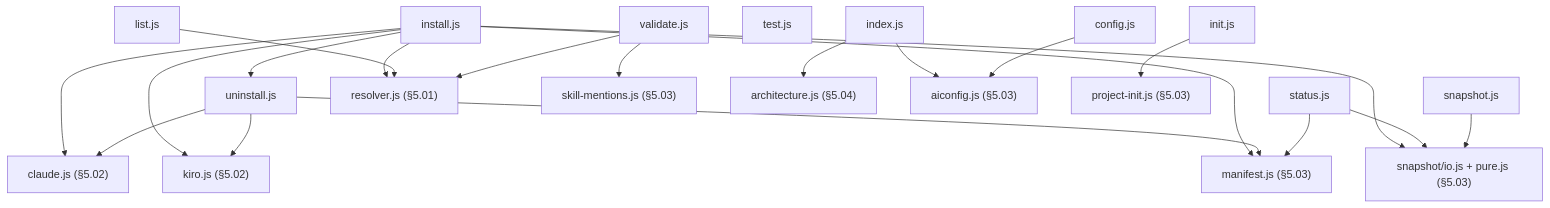
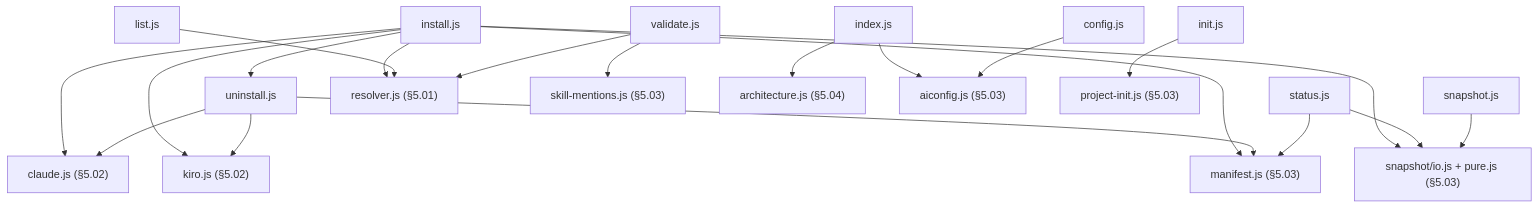
The diagram in docs/architecture/05_05_command_layer.md (starvoxel/ai-foundation), drawn with Mermaid before and after one commit. The commit also changed other lines of this file and 29 other files, not shown here.

````diff
--- a/docs/architecture/05_05_command_layer.md
+++ b/docs/architecture/05_05_command_layer.md
@@ -24,34 +23,33 @@
 ```mermaid
 graph TD
   Install["install.js"]
   Uninstall["uninstall.js"]
   Status["status.js"]
   List["list.js"]
   Validate["validate.js"]
-  Test["test.js"]
   Snapshot["snapshot.js"]
   Index["index.js"]
   Init["init.js"]
   Config["config.js"]
 
   Resolver["resolver.js (§5.01)"]
   SkillMentions["skill-mentions.js (§5.03)"]
   Manifest["manifest.js (§5.03)"]
   SnapLib["snapshot/io.js + pure.js (§5.03)"]
   Architecture["architecture.js (§5.04)"]
   AiConfig["aiconfig.js (§5.03)"]
   ProjInit["project-init.js (§5.03)"]
   Claude["claude.js (§5.02)"]
   Kiro["kiro.js (§5.02)"]
 
   Install --> Resolver & Claude & Kiro & Manifest & SnapLib
   Uninstall --> Manifest & Claude & Kiro
   Install --> Uninstall
   Status --> Manifest & SnapLib
   List --> Resolver
   Validate --> Resolver & SkillMentions
   Snapshot --> SnapLib
   Index --> Architecture & AiConfig
   Init --> ProjInit
   Config --> AiConfig
 ```
````
